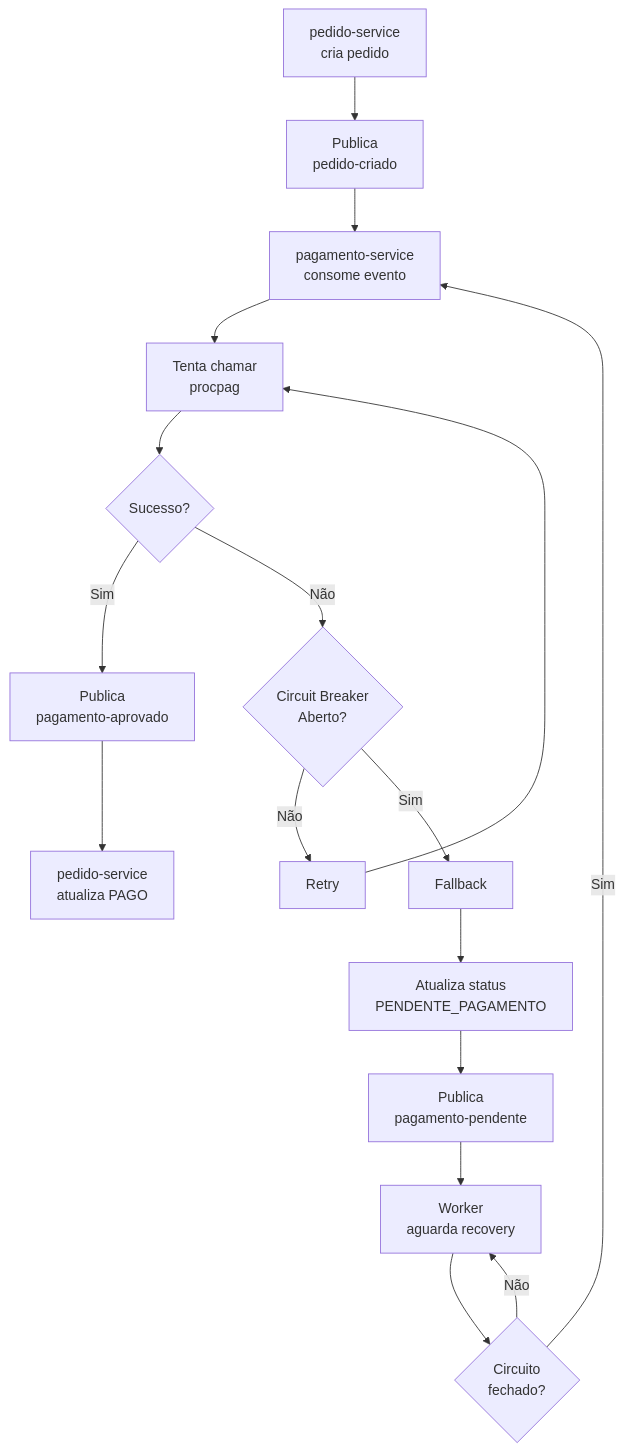
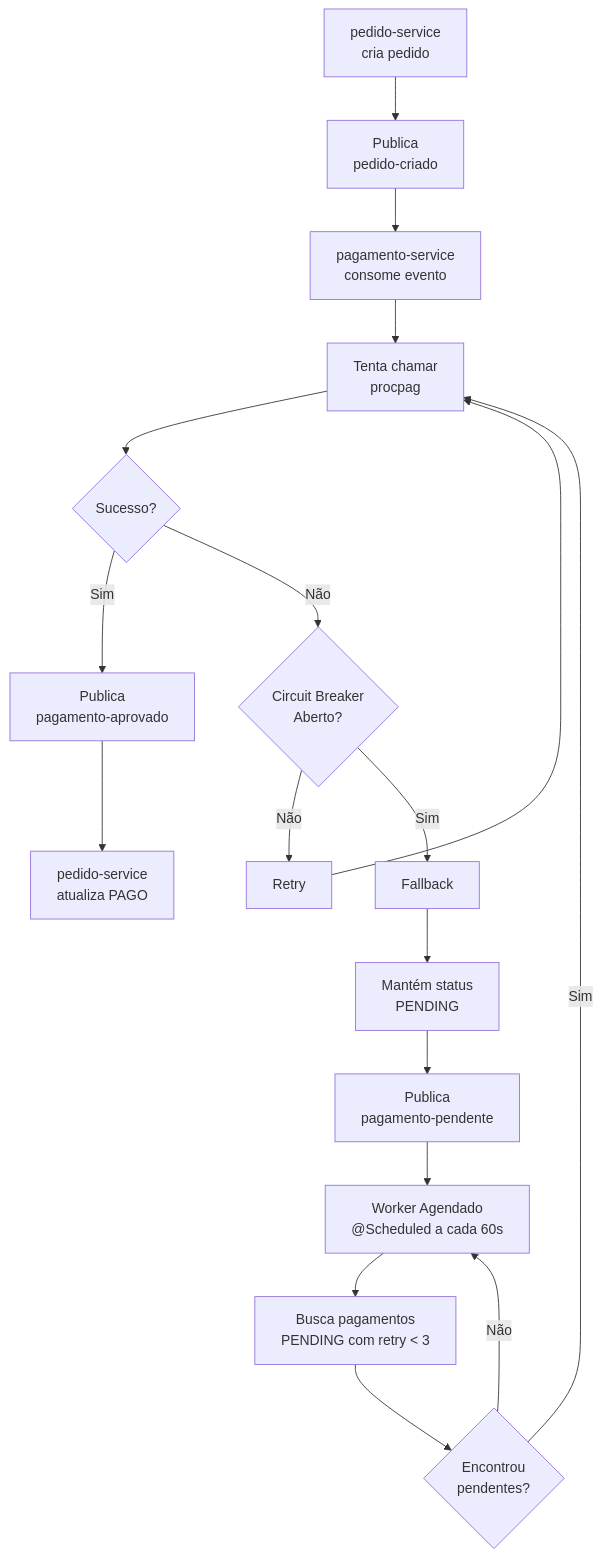
The first of 2 diagrams in docs/resilience.md (HugoOliveiraSoares/tech-challenge-iii), drawn with Mermaid before and after one commit. The commit also changed other lines of this file and 4 other files, not shown here.

````diff
--- a/docs/resilience.md
+++ b/docs/resilience.md
@@ -87,23 +85,24 @@
 ```mermaid
 flowchart TD
     A[pedido-service<br/>cria pedido] --> B[Publica<br/>pedido-criado]
     B --> C[pagamento-service<br/>consome evento]
     C --> D[Tenta chamar<br/>procpag]
     
     D --> E{Sucesso?}
     E -->|Sim| F[Publica<br/>pagamento-aprovado]
     E -->|Não| G{Circuit Breaker<br/>Aberto?}
     
     G -->|Não| H[Retry]
     H --> D
     G -->|Sim| I[Fallback]
     
-    I --> J[Atualiza status<br/>PENDENTE_PAGAMENTO]
+    I --> J[Mantém status<br/>PENDING]
     J --> K[Publica<br/>pagamento-pendente]
     
     F --> L[pedido-service<br/>atualiza PAGO]
-    K --> M[Worker<br/>aguarda recovery]
-    M --> N{Circuito<br/>fechado?}
-    N -->|Sim| C
-    N -->|Não| M
+    K --> M[Worker Agendado<br/>@Scheduled a cada 60s]
+    M --> N[Busca pagamentos<br/>PENDING com retry < 3]
+    N --> O{Encontrou<br/>pendentes?}
+    O -->|Sim| D
+    O -->|Não| M
 ```
````
